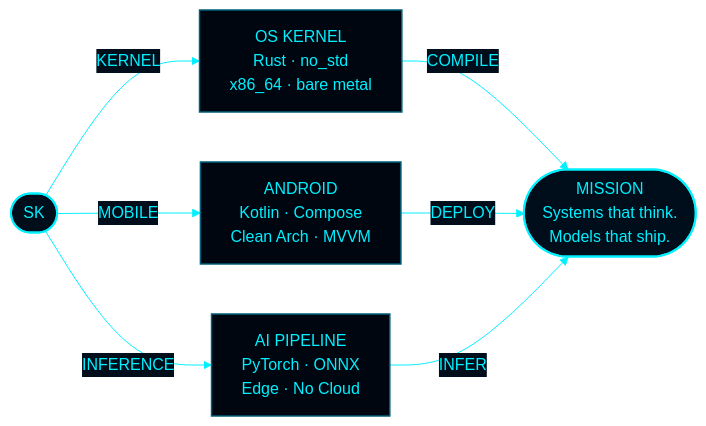
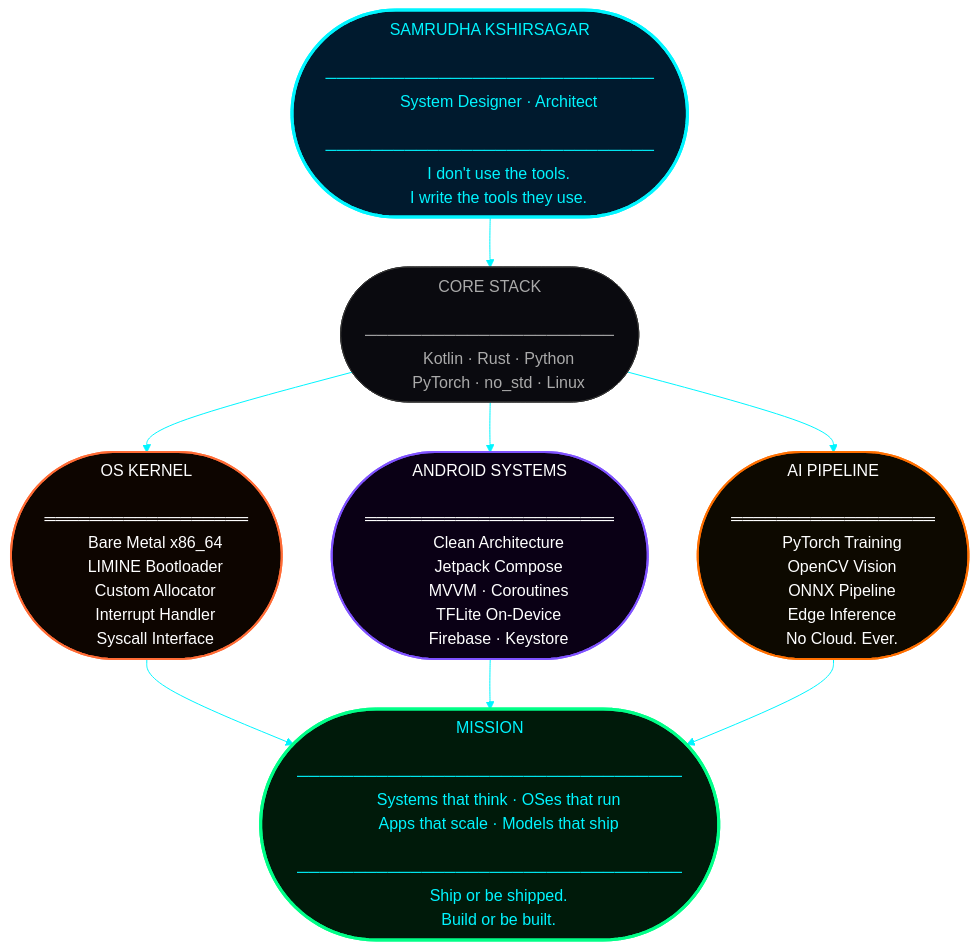
Before and after one commit to samrudha01codespace/samrudha01codespace: the diagram in README.md, drawn with Mermaid. The commit also changed other lines of this file, not shown here.

````diff
--- a/README.md
+++ b/README.md
@@ -85,28 +14,65 @@
 ```mermaid
-%%{init: {'theme': 'base', 'themeVariables': {'primaryColor': '#000d1a', 'primaryTextColor': '#00f0ff', 'primaryBorderColor': '#00f0ff', 'lineColor': '#00f0ff', 'secondaryColor': '#000d1a', 'tertiaryColor': '#000d1a', 'nodeTextColor': '#00f0ff', 'edgeLabelBackground': '#000d1a', 'clusterBkg': '#000d1a', 'titleColor': '#00f0ff', 'fontFamily': 'monospace'}}}%%
+%%{init: {'theme': 'base', 'themeVariables': {'primaryColor': '#0D1117', 'primaryTextColor': '#00f5ff', 'primaryBorderColor': '#00f5ff', 'lineColor': '#00f5ff', 'secondaryColor': '#0D1117', 'tertiaryColor': '#0D1117', 'edgeLabelBackground': '#0D1117', 'clusterBkg': '#0a0a0f', 'titleColor': '#00f5ff', 'nodeTextColor': '#ffffff'}}}%%
 
-graph LR
-    SK(["SK"])
+flowchart TD
+    CORE(["SAMRUDHA KSHIRSAGAR
+    ─────────────────────────────
+    System Designer · Architect
+    ─────────────────────────────
+    I don't use the tools.
+    I write the tools they use."])
 
-    SK -->|"KERNEL"| OS["OS KERNEL
-    Rust · no_std
-    x86_64 · bare metal"]
-    SK -->|"MOBILE"| AND["ANDROID
-    Kotlin · Compose
-    Clean Arch · MVVM"]
-    SK -->|"INFERENCE"| AI["AI PIPELINE
-    PyTorch · ONNX
-    Edge · No Cloud"]
+    CORE --> STACK
 
-    OS -->|"COMPILE"| OUT(["MISSION
-    Systems that think.
-    Models that ship."])
-    AND -->|"DEPLOY"| OUT
-    AI -->|"INFER"| OUT
+    STACK(["CORE STACK
+    ──────────────────────
+    Kotlin · Rust · Python
+    PyTorch · no_std · Linux"])
 
-    style SK fill:#000d1a,color:#00f0ff,stroke:#00f0ff,stroke-width:2px
-    style OS fill:#00060f,color:#00f0ff,stroke:#005f7a,stroke-width:1.5px
-    style AND fill:#00060f,color:#00f0ff,stroke:#005f7a,stroke-width:1.5px
-    style AI fill:#00060f,color:#00f0ff,stroke:#005f7a,stroke-width:1.5px
-    style OUT fill:#000d1a,color:#00f0ff,stroke:#00f0ff,stroke-width:2px
+    STACK --> OS
+    STACK --> ANDROID
+    STACK --> AI
+
+    OS(["OS KERNEL
+    ══════════════════
+    Bare Metal x86_64
+    LIMINE Bootloader
+    Custom Allocator
+    Interrupt Handler
+    Syscall Interface"])
+
+    ANDROID(["ANDROID SYSTEMS
+    ══════════════════════
+    Clean Architecture
+    Jetpack Compose
+    MVVM · Coroutines
+    TFLite On-Device
+    Firebase · Keystore"])
+
+    AI(["AI PIPELINE
+    ══════════════════
+    PyTorch Training
+    OpenCV Vision
+    ONNX Pipeline
+    Edge Inference
+    No Cloud. Ever."])
+
+    OS --> MISSION
+    ANDROID --> MISSION
+    AI --> MISSION
+
+    MISSION(["MISSION
+    ──────────────────────────────────
+    Systems that think · OSes that run
+    Apps that scale · Models that ship
+    ──────────────────────────────────
+    Ship or be shipped.
+    Build or be built."])
+
+    style CORE fill:#001a2e,color:#00f5ff,stroke:#00f5ff,stroke-width:3px
+    style STACK fill:#0a0a0f,color:#aaaaaa,stroke:#333333,stroke-width:1px
+    style OS fill:#0d0500,color:#ffffff,stroke:#ff6b35,stroke-width:2px
+    style ANDROID fill:#0a0015,color:#ffffff,stroke:#7F52FF,stroke-width:2px
+    style AI fill:#0d0900,color:#ffffff,stroke:#FF6F00,stroke-width:2px
+    style MISSION fill:#001a0a,color:#00f5ff,stroke:#00ff88,stroke-width:3px
 ```
````
